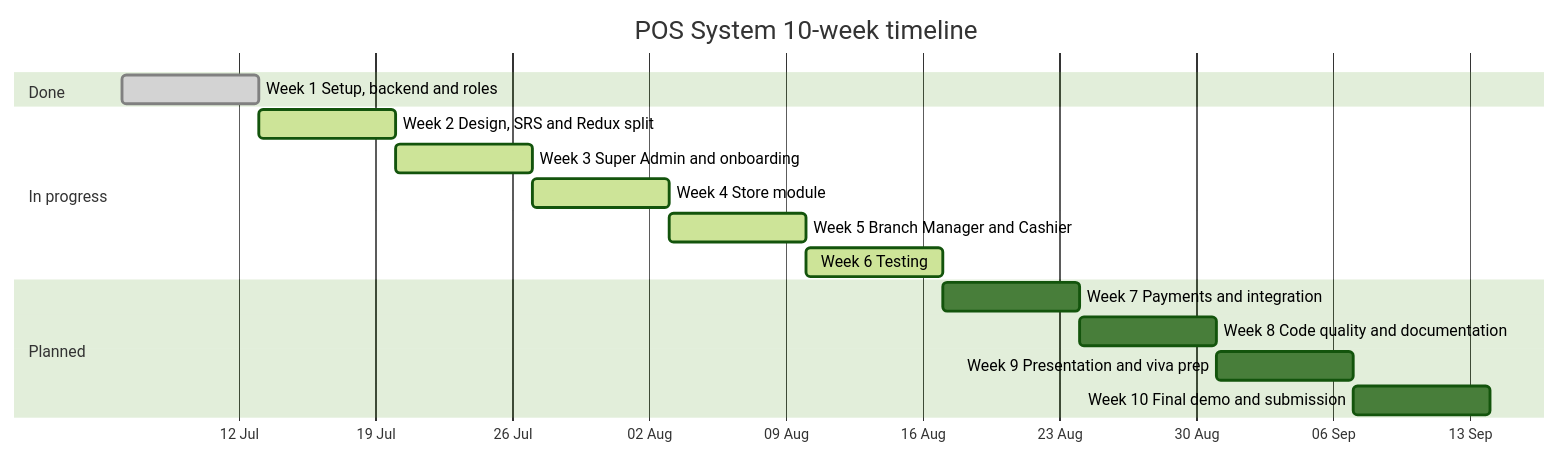
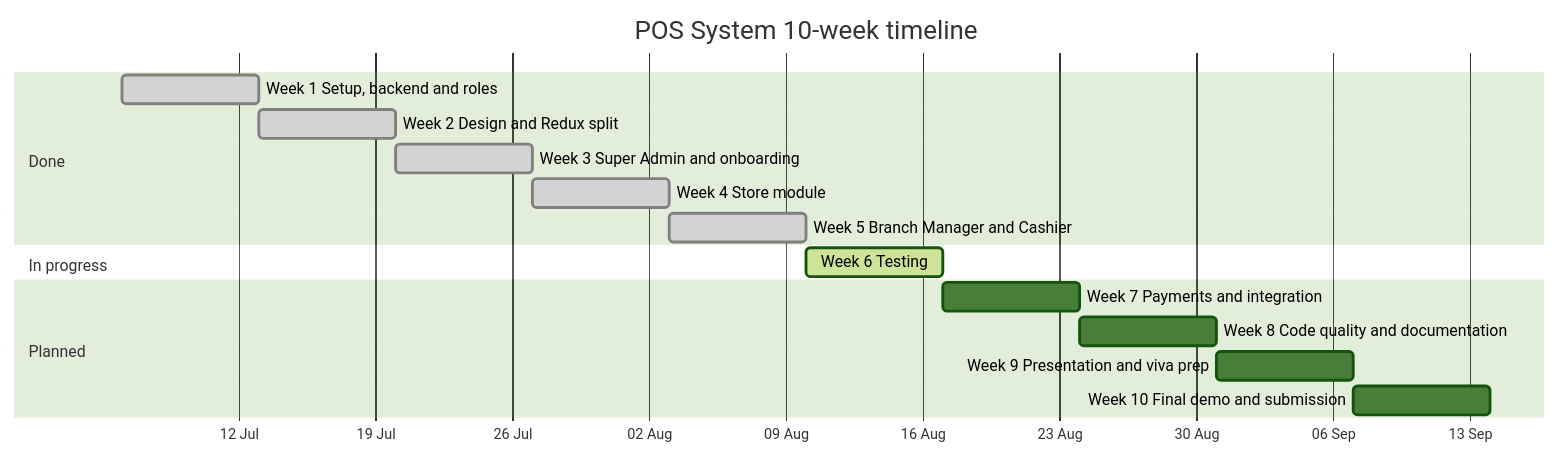
Before and after one commit to bohra0022/A-multitenat-pos-system: the diagram in reports/09-timeline/TIMELINE.md, drawn with Mermaid (forest theme). The commit also changed other lines of this file and 4 other files, not shown here.

Commit message:
docs: update weekly progress, frontend work log and project timeline

````diff
--- a/reports/09-timeline/TIMELINE.md
+++ b/reports/09-timeline/TIMELINE.md
@@ -7,19 +7,19 @@
 ```mermaid
 gantt
     title POS System 10-week timeline
     dateFormat YYYY-MM-DD
     axisFormat %d %b
     section Done
     Week 1 Setup, backend and roles            :done, w1, 2026-07-06, 7d
+    Week 2 Design and Redux split              :done, w2, 2026-07-13, 7d
+    Week 3 Super Admin and onboarding          :done, w3, 2026-07-20, 7d
+    Week 4 Store module                        :done, w4, 2026-07-27, 7d
+    Week 5 Branch Manager and Cashier          :done, w5, 2026-08-03, 7d
     section In progress
-    Week 2 Design, SRS and Redux split         :active, w2, 2026-07-13, 7d
-    Week 3 Super Admin and onboarding          :active, w3, 2026-07-20, 7d
-    Week 4 Store module                        :active, w4, 2026-07-27, 7d
-    Week 5 Branch Manager and Cashier          :active, w5, 2026-08-03, 7d
     Week 6 Testing                             :active, w6, 2026-08-10, 7d
     section Planned
     Week 7 Payments and integration            :w7, 2026-08-17, 7d
     Week 8 Code quality and documentation      :w8, 2026-08-24, 7d
     Week 9 Presentation and viva prep          :w9, 2026-08-31, 7d
     Week 10 Final demo and submission          :w10, 2026-09-07, 7d
 ```
````
